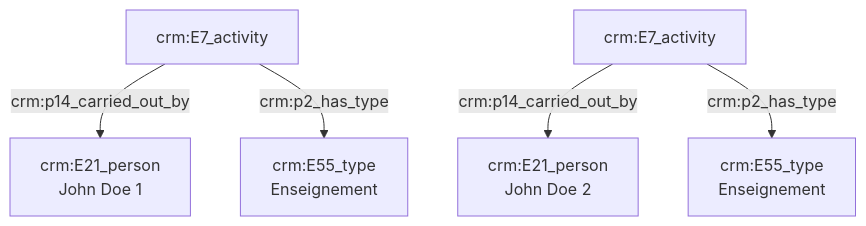
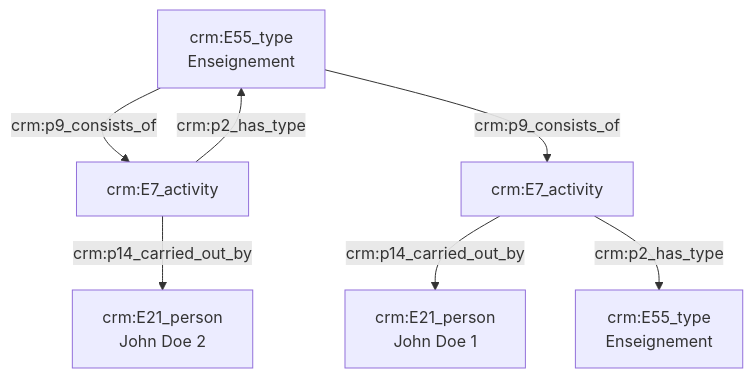
The diagram in modules/livrables/Dossier 2/Prosopographie/relation de maître à élève.md (Amleth/consortium-musica2-gt2-ontologies), drawn with Mermaid before and after one commit.

Commit message:
Update relation de maître à élève.md

````diff
--- a/modules/livrables/Dossier 2/Prosopographie/relation de maître à élève.md
+++ b/modules/livrables/Dossier 2/Prosopographie/relation de maître à élève.md
@@ -12,12 +12,15 @@
 ```mermaid
 graph TD;
+
+F[crm:E7_activity] --> |crm:p9_consists_of|D[crm:E7_activity]
+F[crm:E7_activity] --> |crm:p9_consists_of|A[crm:E7_activity]
 
 A[crm:E7_Activity] --> |crm:p14_carried_out_by| B[crm:E21_person<br>John Doe 1]
 A[crm:E7_activity] --> |crm:p2_has_type| C[crm:E55_type<br>Enseignement]
 
 D[crm:E7_Activity] --> |crm:p14_carried_out_by| E[crm:E21_person<br>John Doe 2]
 D[crm:E7_activity] --> |crm:p2_has_type| F[crm:E55_type<br>Enseignement]
 
 
 
 ```
````
